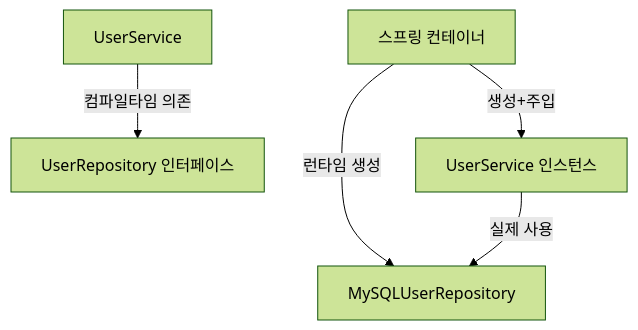
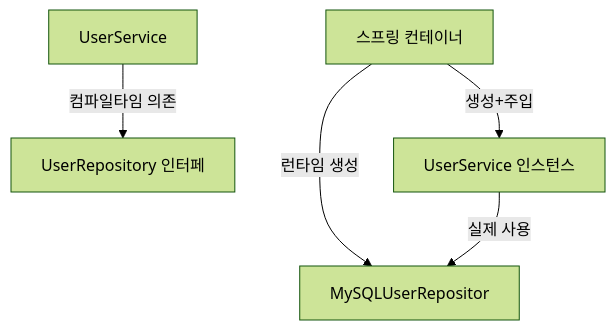
One commit to yjkim2015/yjkim2015.github.io changed diagram 13 of 13 in _posts/spring/2026-05-02-spring-core-basic.md. Above: the diagram before and after it, drawn with Mermaid (forest theme). The commit also changed other lines of this file and 271 other files, not shown here.

First line of the commit message:
Mermaid 라벨 축소: 긴 노드 텍스트 18자 이하로 트림 + \n 제거

````diff
--- a/_posts/spring/2026-05-02-spring-core-basic.md
+++ b/_posts/spring/2026-05-02-spring-core-basic.md
@@ -789,7 +789,7 @@
 ```mermaid
 graph TD
-    SVC1["UserService"] -->|컴파일타임 의존| IFACE["UserRepository 인터페이스"]
-    CTX["스프링 컨테이너"] -->|런타임 생성| IMPL["MySQLUserRepository"]
+    SVC1["UserService"] -->|컴파일타임 의존| IFACE["UserRepository 인터페"]
+    CTX["스프링 컨테이너"] -->|런타임 생성| IMPL["MySQLUserRepositor"]
     CTX -->|생성+주입| SVC2["UserService 인스턴스"]
     SVC2 -->|실제 사용| IMPL
 ```
````
